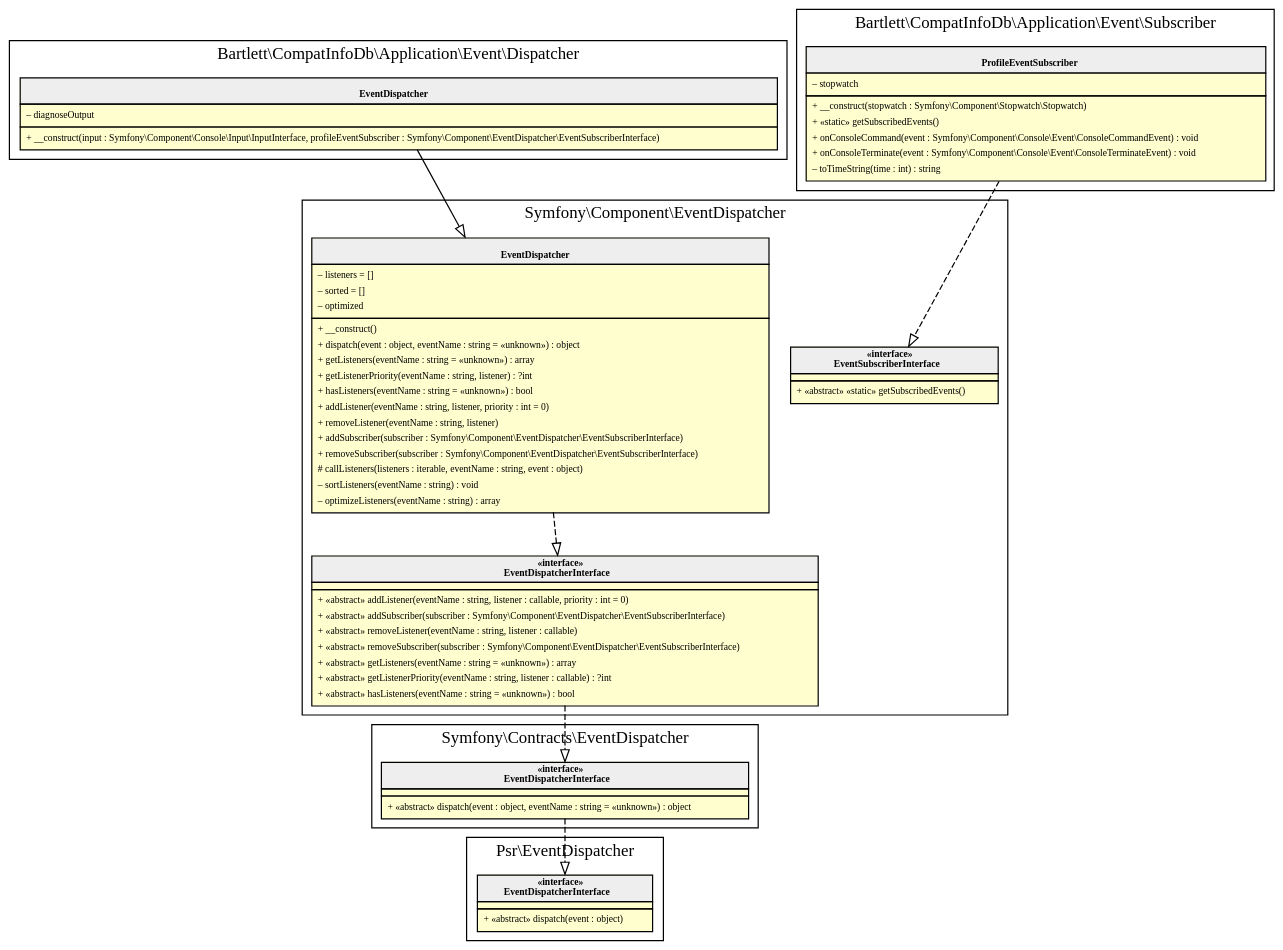
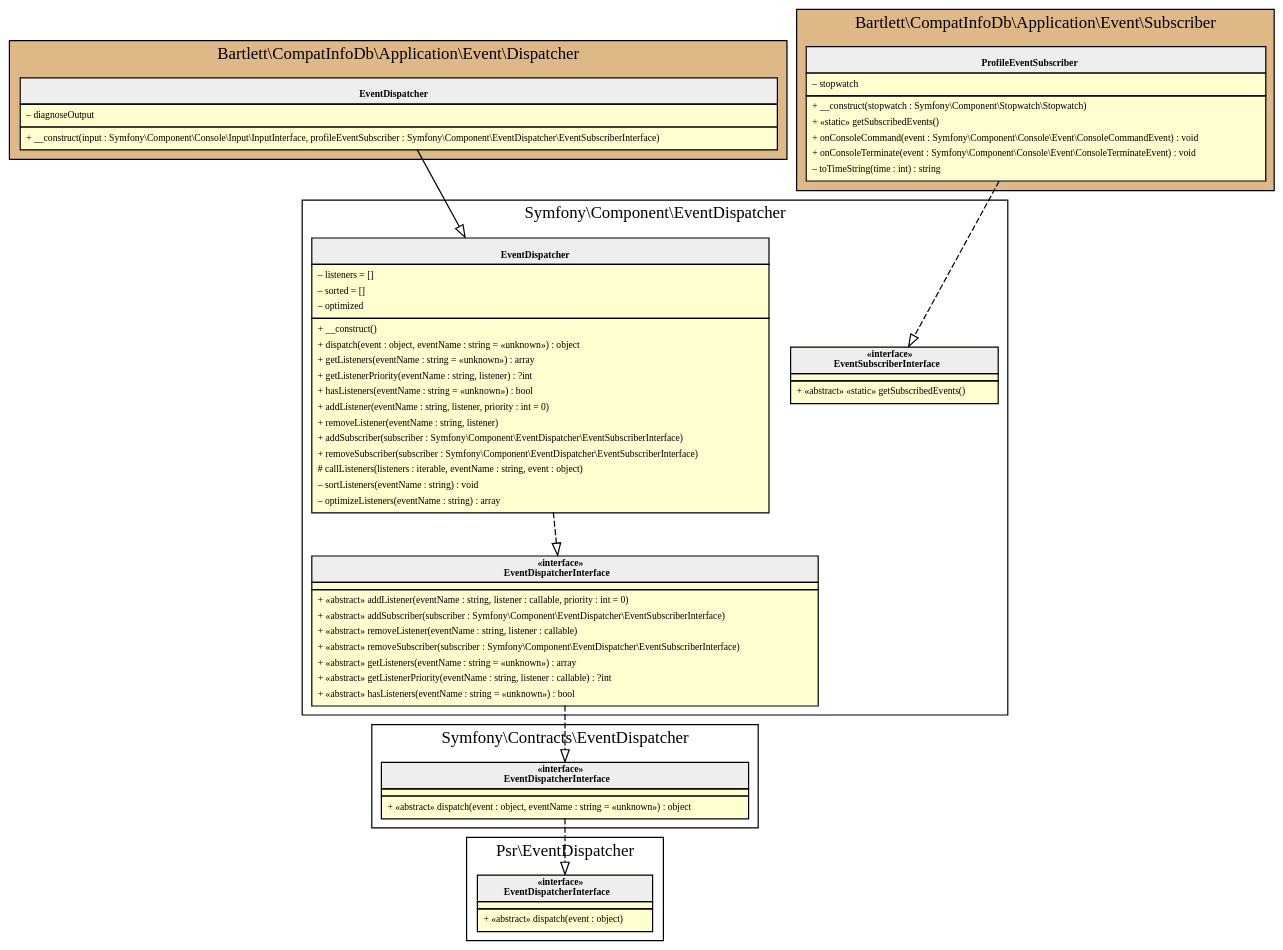
The diagram in 6.1/assets/images/event_application_archi.html.gv (llaville/php-compatinfo-db), drawn with Graphviz before and after one commit. The commit also changed 11 other files, not shown here.

```diff
--- a/6.1/assets/images/event_application_archi.html.gv
+++ b/6.1/assets/images/event_application_archi.html.gv
@@ -1,110 +1,112 @@
 digraph {
   graph [name="G" overlap="false" rankdir="TB" bgcolor="transparent"]
   node [fontname="Verdana" fontsize=8 shape="none" margin=0 fillcolor="#FEFECE" style="filled"]
   edge [fontname="Verdana" fontsize=8]
   subgraph cluster_0 {
+    graph [bgcolor="BurlyWood"]
     label = "Bartlett\\CompatInfoDb\\Application\\Event\\Dispatcher"
     "Bartlett\\CompatInfoDb\\Application\\Event\\Dispatcher\\EventDispatcher" [shape="none" label=<
 <table cellspacing="0" border="0" cellborder="1">
     <tr><td bgcolor="#eeeeee"><b><br/>EventDispatcher</b></td></tr>
     <tr><td><table border="0" cellspacing="0" cellpadding="2">
     <tr><td align="left">– diagnoseOutput</td></tr>
 </table></td></tr>
     <tr><td><table border="0" cellspacing="0" cellpadding="2">
     <tr><td align="left">+ __construct(input : Symfony\\Component\\Console\\Input\\InputInterface, profileEventSubscriber : Symfony\\Component\\EventDispatcher\\EventSubscriberInterface)</td></tr>
 </table></td></tr>
 </table>>]
   }
   subgraph cluster_1 {
     label = "Symfony\\Component\\EventDispatcher"
     "Symfony\\Component\\EventDispatcher\\EventDispatcher" [shape="none" label=<
 <table cellspacing="0" border="0" cellborder="1">
     <tr><td bgcolor="#eeeeee"><b><br/>EventDispatcher</b></td></tr>
     <tr><td><table border="0" cellspacing="0" cellpadding="2">
     <tr><td align="left">– listeners = []</td></tr>
     <tr><td align="left">– sorted = []</td></tr>
     <tr><td align="left">– optimized</td></tr>
 </table></td></tr>
     <tr><td><table border="0" cellspacing="0" cellpadding="2">
     <tr><td align="left">+ __construct()</td></tr>
     <tr><td align="left">+ dispatch(event : object, eventName : string = «unknown») : object</td></tr>
     <tr><td align="left">+ getListeners(eventName : string = «unknown») : array</td></tr>
     <tr><td align="left">+ getListenerPriority(eventName : string, listener) : ?int</td></tr>
     <tr><td align="left">+ hasListeners(eventName : string = «unknown») : bool</td></tr>
     <tr><td align="left">+ addListener(eventName : string, listener, priority : int = 0)</td></tr>
     <tr><td align="left">+ removeListener(eventName : string, listener)</td></tr>
     <tr><td align="left">+ addSubscriber(subscriber : Symfony\\Component\\EventDispatcher\\EventSubscriberInterface)</td></tr>
     <tr><td align="left">+ removeSubscriber(subscriber : Symfony\\Component\\EventDispatcher\\EventSubscriberInterface)</td></tr>
     <tr><td align="left"># callListeners(listeners : iterable, eventName : string, event : object)</td></tr>
     <tr><td align="left">– sortListeners(eventName : string) : void</td></tr>
     <tr><td align="left">– optimizeListeners(eventName : string) : array</td></tr>
 </table></td></tr>
 </table>>]
     "Symfony\\Component\\EventDispatcher\\EventDispatcherInterface" [shape="none" label=<
 <table cellspacing="0" border="0" cellborder="1">
     <tr><td bgcolor="#eeeeee"><b>«interface»<br/>EventDispatcherInterface</b></td></tr>
     <tr><td></td></tr>
     <tr><td><table border="0" cellspacing="0" cellpadding="2">
     <tr><td align="left">+ «abstract» addListener(eventName : string, listener : callable, priority : int = 0)</td></tr>
     <tr><td align="left">+ «abstract» addSubscriber(subscriber : Symfony\\Component\\EventDispatcher\\EventSubscriberInterface)</td></tr>
     <tr><td align="left">+ «abstract» removeListener(eventName : string, listener : callable)</td></tr>
     <tr><td align="left">+ «abstract» removeSubscriber(subscriber : Symfony\\Component\\EventDispatcher\\EventSubscriberInterface)</td></tr>
     <tr><td align="left">+ «abstract» getListeners(eventName : string = «unknown») : array</td></tr>
     <tr><td align="left">+ «abstract» getListenerPriority(eventName : string, listener : callable) : ?int</td></tr>
     <tr><td align="left">+ «abstract» hasListeners(eventName : string = «unknown») : bool</td></tr>
 </table></td></tr>
 </table>>]
     "Symfony\\Component\\EventDispatcher\\EventSubscriberInterface" [shape="none" label=<
 <table cellspacing="0" border="0" cellborder="1">
     <tr><td bgcolor="#eeeeee"><b>«interface»<br/>EventSubscriberInterface</b></td></tr>
     <tr><td></td></tr>
     <tr><td><table border="0" cellspacing="0" cellpadding="2">
     <tr><td align="left">+ «abstract» «static» getSubscribedEvents()</td></tr>
 </table></td></tr>
 </table>>]
   }
   subgraph cluster_2 {
     label = "Symfony\\Contracts\\EventDispatcher"
     "Symfony\\Contracts\\EventDispatcher\\EventDispatcherInterface" [shape="none" label=<
 <table cellspacing="0" border="0" cellborder="1">
     <tr><td bgcolor="#eeeeee"><b>«interface»<br/>EventDispatcherInterface</b></td></tr>
     <tr><td></td></tr>
     <tr><td><table border="0" cellspacing="0" cellpadding="2">
     <tr><td align="left">+ «abstract» dispatch(event : object, eventName : string = «unknown») : object</td></tr>
 </table></td></tr>
 </table>>]
   }
   subgraph cluster_3 {
     label = "Psr\\EventDispatcher"
     "Psr\\EventDispatcher\\EventDispatcherInterface" [shape="none" label=<
 <table cellspacing="0" border="0" cellborder="1">
     <tr><td bgcolor="#eeeeee"><b>«interface»<br/>EventDispatcherInterface</b></td></tr>
     <tr><td></td></tr>
     <tr><td><table border="0" cellspacing="0" cellpadding="2">
     <tr><td align="left">+ «abstract» dispatch(event : object)</td></tr>
 </table></td></tr>
 </table>>]
   }
   subgraph cluster_4 {
+    graph [bgcolor="BurlyWood"]
     label = "Bartlett\\CompatInfoDb\\Application\\Event\\Subscriber"
     "Bartlett\\CompatInfoDb\\Application\\Event\\Subscriber\\ProfileEventSubscriber" [shape="none" label=<
 <table cellspacing="0" border="0" cellborder="1">
     <tr><td bgcolor="#eeeeee"><b><br/>ProfileEventSubscriber</b></td></tr>
     <tr><td><table border="0" cellspacing="0" cellpadding="2">
     <tr><td align="left">– stopwatch</td></tr>
 </table></td></tr>
     <tr><td><table border="0" cellspacing="0" cellpadding="2">
     <tr><td align="left">+ __construct(stopwatch : Symfony\\Component\\Stopwatch\\Stopwatch)</td></tr>
     <tr><td align="left">+ «static» getSubscribedEvents()</td></tr>
     <tr><td align="left">+ onConsoleCommand(event : Symfony\\Component\\Console\\Event\\ConsoleCommandEvent) : void</td></tr>
     <tr><td align="left">+ onConsoleTerminate(event : Symfony\\Component\\Console\\Event\\ConsoleTerminateEvent) : void</td></tr>
     <tr><td align="left">– toTimeString(time : int) : string</td></tr>
 </table></td></tr>
 </table>>]
   }
   "Symfony\\Contracts\\EventDispatcher\\EventDispatcherInterface" -> "Psr\\EventDispatcher\\EventDispatcherInterface" [arrowhead="empty" style="dashed"]
   "Symfony\\Component\\EventDispatcher\\EventDispatcherInterface" -> "Symfony\\Contracts\\EventDispatcher\\EventDispatcherInterface" [arrowhead="empty" style="dashed"]
   "Symfony\\Component\\EventDispatcher\\EventDispatcher" -> "Symfony\\Component\\EventDispatcher\\EventDispatcherInterface" [arrowhead="empty" style="dashed"]
   "Bartlett\\CompatInfoDb\\Application\\Event\\Dispatcher\\EventDispatcher" -> "Symfony\\Component\\EventDispatcher\\EventDispatcher" [arrowhead="empty" style="filled"]
   "Bartlett\\CompatInfoDb\\Application\\Event\\Subscriber\\ProfileEventSubscriber" -> "Symfony\\Component\\EventDispatcher\\EventSubscriberInterface" [arrowhead="empty" style="dashed"]
 }
```
